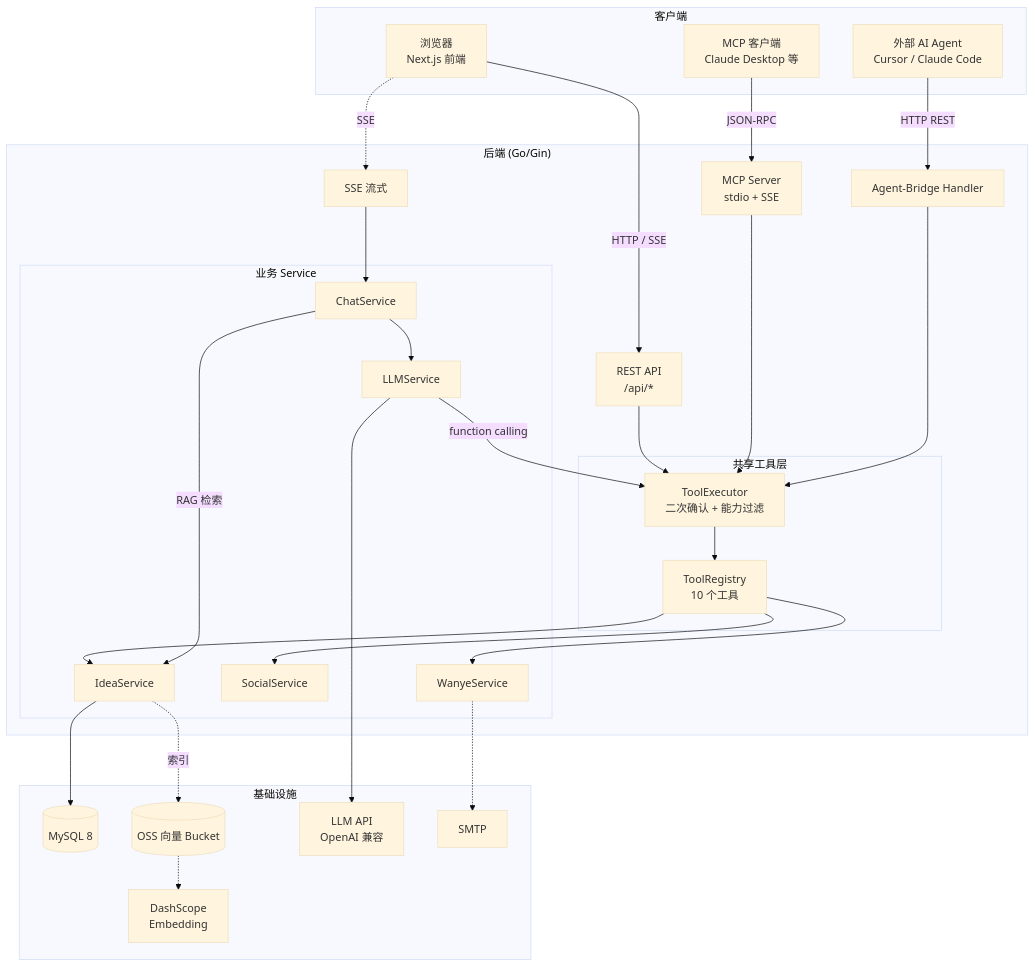
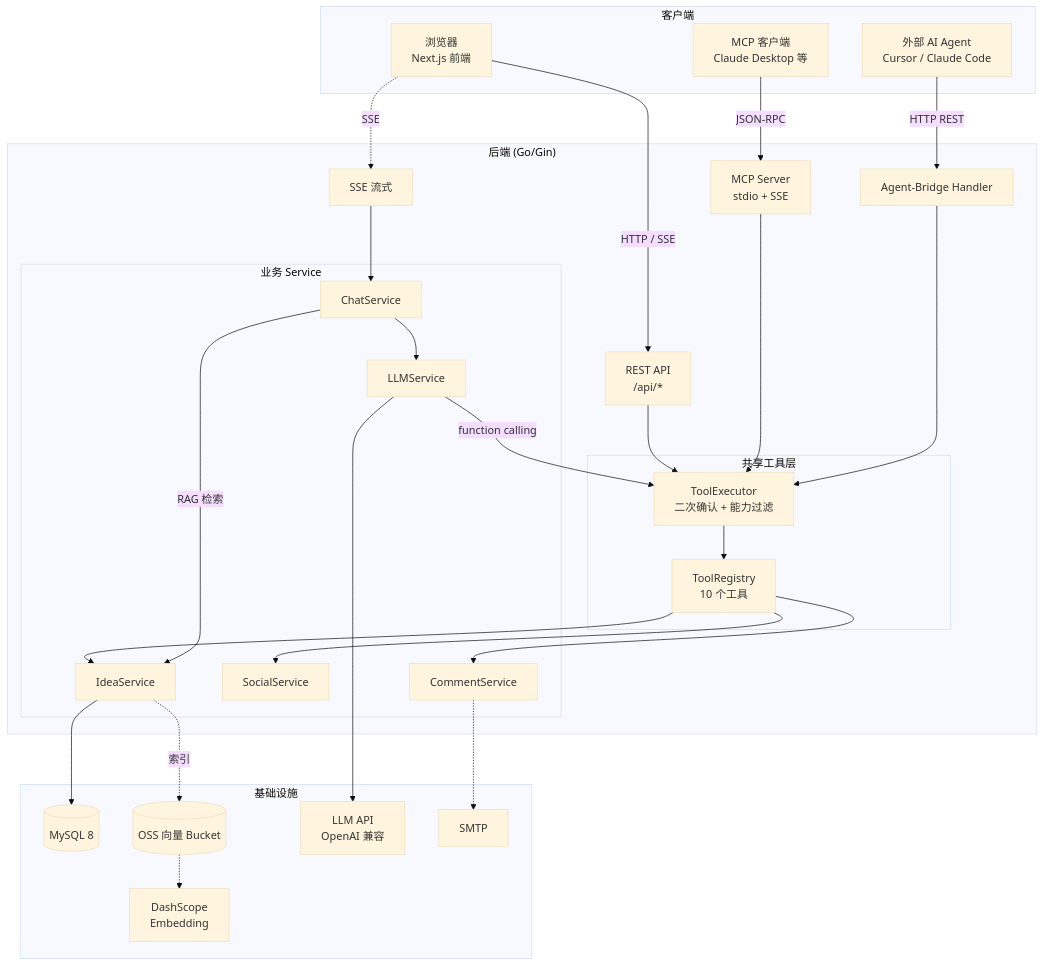
One commit to grapery/ideaevo changed the first of 5 diagrams in docs/系统设计.md. Above: the diagram before and after it, drawn with Mermaid (base theme). The commit also changed other lines of this file and 47 other files, not shown here.

````diff
--- a/docs/系统设计.md
+++ b/docs/系统设计.md
@@ -177,58 +177,58 @@
 ```mermaid
 flowchart TB
     subgraph Clients["客户端"]
         UI["浏览器<br/>Next.js 前端"]
         MCPClient["MCP 客户端<br/>Claude Desktop 等"]
         ExtAgent["外部 AI Agent<br/>Cursor / Claude Code"]
     end
 
     subgraph Backend["后端 (Go/Gin)"]
         API["REST API<br/>/api/*"]
         SSE["SSE 流式"]
         MCPSrv["MCP Server<br/>stdio + SSE"]
         Bridge["Agent-Bridge Handler"]
 
         subgraph ToolLayer["共享工具层"]
             Exec["ToolExecutor<br/>二次确认 + 能力过滤"]
             Reg["ToolRegistry<br/>10 个工具"]
         end
 
         subgraph Services["业务 Service"]
             Idea["IdeaService"]
             Social["SocialService"]
-            Wanye["WanyeService"]
+            Comment["CommentService"]
             Chat["ChatService"]
             LLM["LLMService"]
         end
     end
 
     subgraph Infra["基础设施"]
         MySQL[("MySQL 8")]
         OSS[("OSS 向量 Bucket")]
         DS["DashScope<br/>Embedding"]
         LLM_API["LLM API<br/>OpenAI 兼容"]
         SMTP["SMTP"]
     end
 
     UI -->|HTTP / SSE| API
     UI -.->|SSE| SSE
     MCPClient -->|JSON-RPC| MCPSrv
     ExtAgent -->|HTTP REST| Bridge
 
     API --> Exec
     SSE --> Chat
     MCPSrv --> Exec
     Bridge --> Exec
     Exec --> Reg
-    Reg --> Idea & Social & Wanye
+    Reg --> Idea & Social & Comment
 
     Chat --> LLM
     LLM -->|function calling| Exec
     Chat -->|RAG 检索| Idea
 
     Idea --> MySQL
     Idea -.->|索引| OSS
     OSS -.-> DS
     LLM --> LLM_API
-    Wanye -.-> SMTP
+    Comment -.-> SMTP
 ```
````
